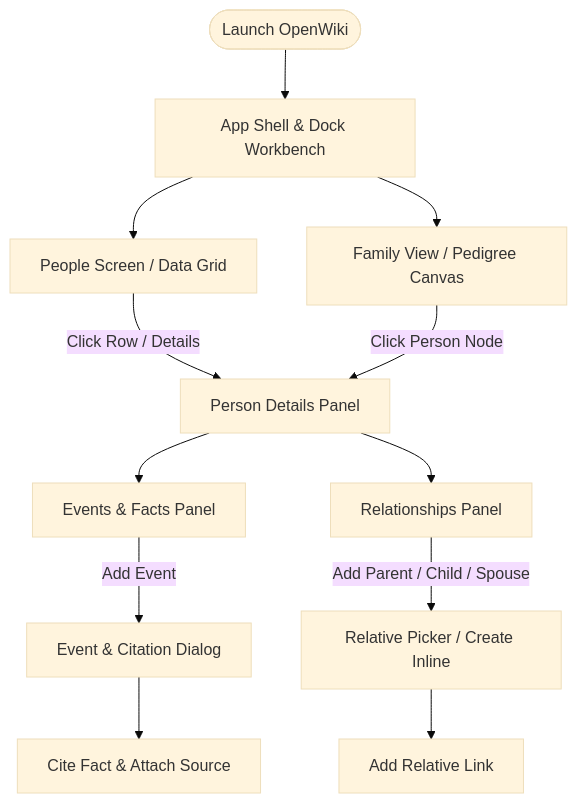
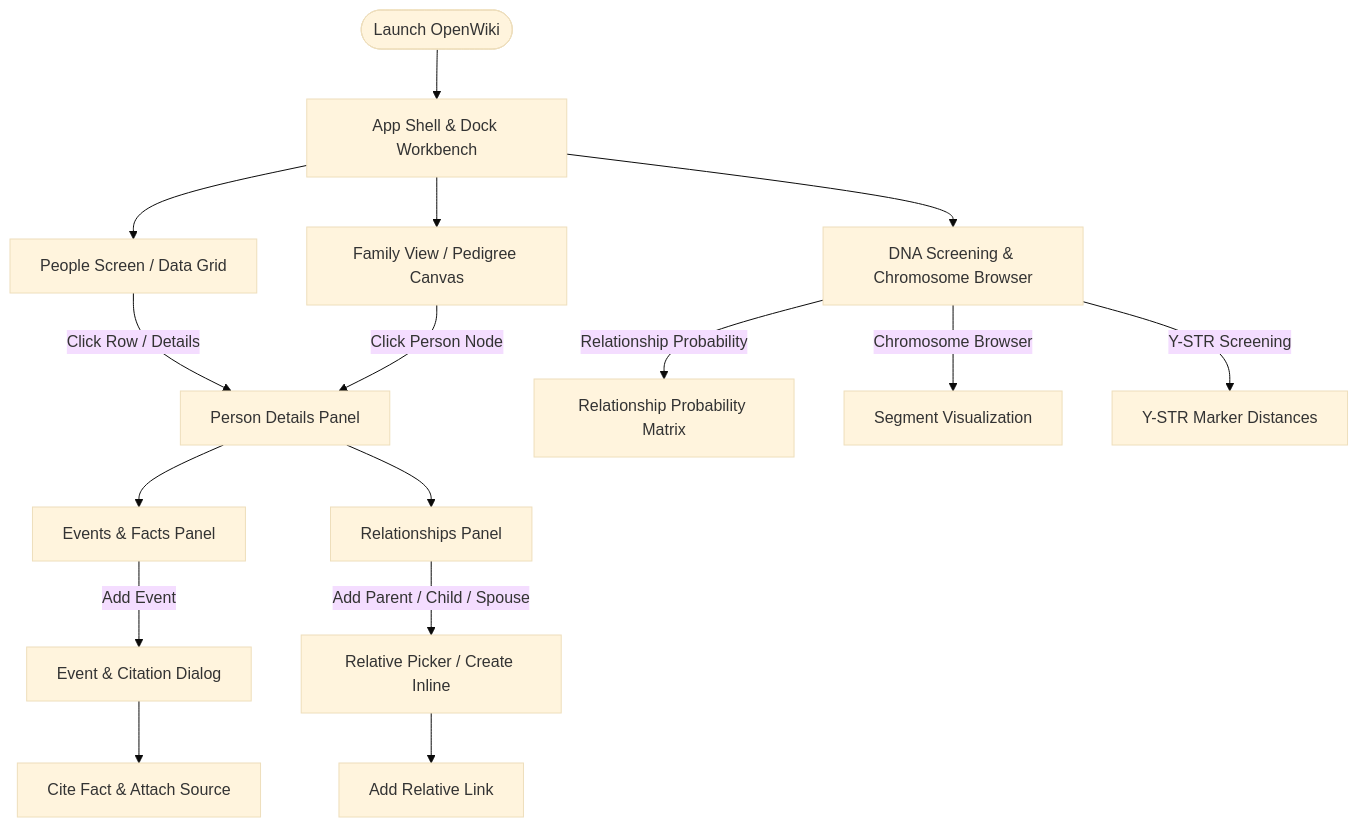
One commit to alerum68/Theogony changed the diagram in openwiki/workflows/user-workflows.md. Above: the diagram before and after it, drawn with Mermaid (base theme). The commit also changed other lines of this file and 16 other files, not shown here.

````diff
--- a/openwiki/workflows/user-workflows.md
+++ b/openwiki/workflows/user-workflows.md
@@ -31,18 +31,23 @@
 ```mermaid
 flowchart TD
     Start([Launch OpenWiki]) --> Shell[App Shell & Dock Workbench]
     Shell --> PeopleList[People Screen / Data Grid]
     Shell --> TreeView[Family View / Pedigree Canvas]
+    Shell --> DnaScreen[DNA Screening & Chromosome Browser]
     
     PeopleList -->|Click Row / Details| PersonDetails[Person Details Panel]
     TreeView -->|Click Person Node| PersonDetails
     
     PersonDetails --> Events[Events & Facts Panel]
     PersonDetails --> Rels[Relationships Panel]
     
     Events -->|Add Event| EventDialog[Event & Citation Dialog]
     Rels -->|Add Parent / Child / Spouse| RelativePicker[Relative Picker / Create Inline]
     
     EventDialog --> CiteFact[Cite Fact & Attach Source]
     RelativePicker --> AddRel[Add Relative Link]
+    
+    DnaScreen -->|Relationship Probability| Prob[Relationship Probability Matrix]
+    DnaScreen -->|Chromosome Browser| Segments[Segment Visualization]
+    DnaScreen -->|Y-STR Screening| YStr[Y-STR Marker Distances]
 ```
````
